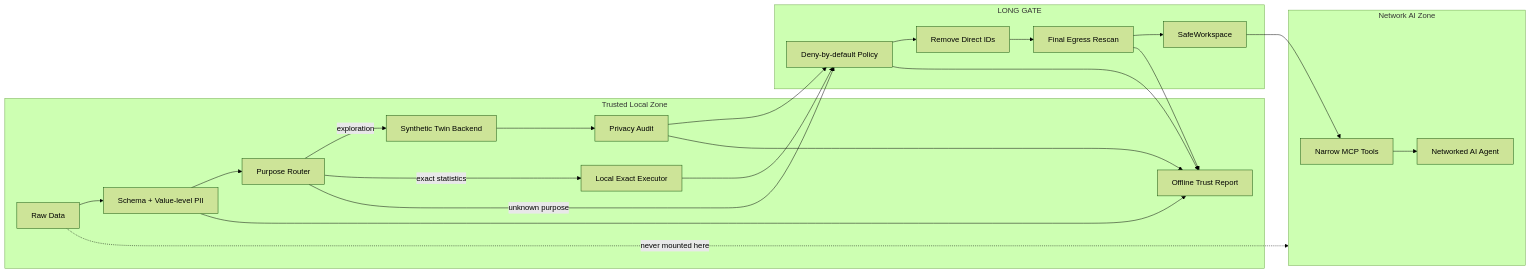
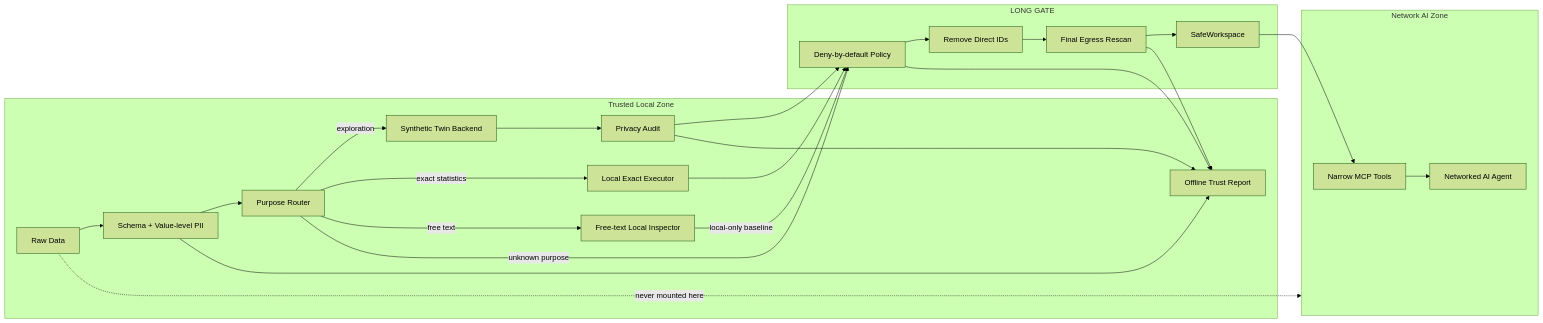
Before and after one commit to CochraneK/long-gate: the diagram in README.md, drawn with Mermaid (forest theme). The commit also changed other lines of this file and 7 other files, not shown here.

````diff
--- a/README.md
+++ b/README.md
@@ -107,37 +109,39 @@
 ```mermaid
 flowchart LR
   subgraph LOCAL["Trusted Local Zone"]
     RAW["Raw Data"]
     INSPECT["Schema + Value-level PII"]
     PURPOSE["Purpose Router"]
     SYNTH["Synthetic Twin Backend"]
     EXACT["Local Exact Executor"]
+    TEXT["Free-text Local Inspector"]
     AUDIT["Privacy Audit"]
     REPORT["Offline Trust Report"]
   end
 
   subgraph GATE["LONG GATE"]
     POLICY["Deny-by-default Policy"]
     STRIP["Remove Direct IDs"]
     RESCAN["Final Egress Rescan"]
     SAFE["SafeWorkspace"]
   end
 
   subgraph NETWORK["Network AI Zone"]
     MCP["Narrow MCP Tools"]
     AI["Networked AI Agent"]
   end
 
   RAW --> INSPECT --> PURPOSE
   PURPOSE -->|exploration| SYNTH --> AUDIT --> POLICY
   PURPOSE -->|exact statistics| EXACT --> POLICY
+  PURPOSE -->|free text| TEXT -->|local-only baseline| POLICY
   PURPOSE -->|unknown purpose| POLICY
   POLICY --> STRIP --> RESCAN --> SAFE --> MCP --> AI
 
   INSPECT --> REPORT
   AUDIT --> REPORT
   POLICY --> REPORT
   RESCAN --> REPORT
 
   RAW -. "never mounted here" .-> NETWORK
 ```
````
